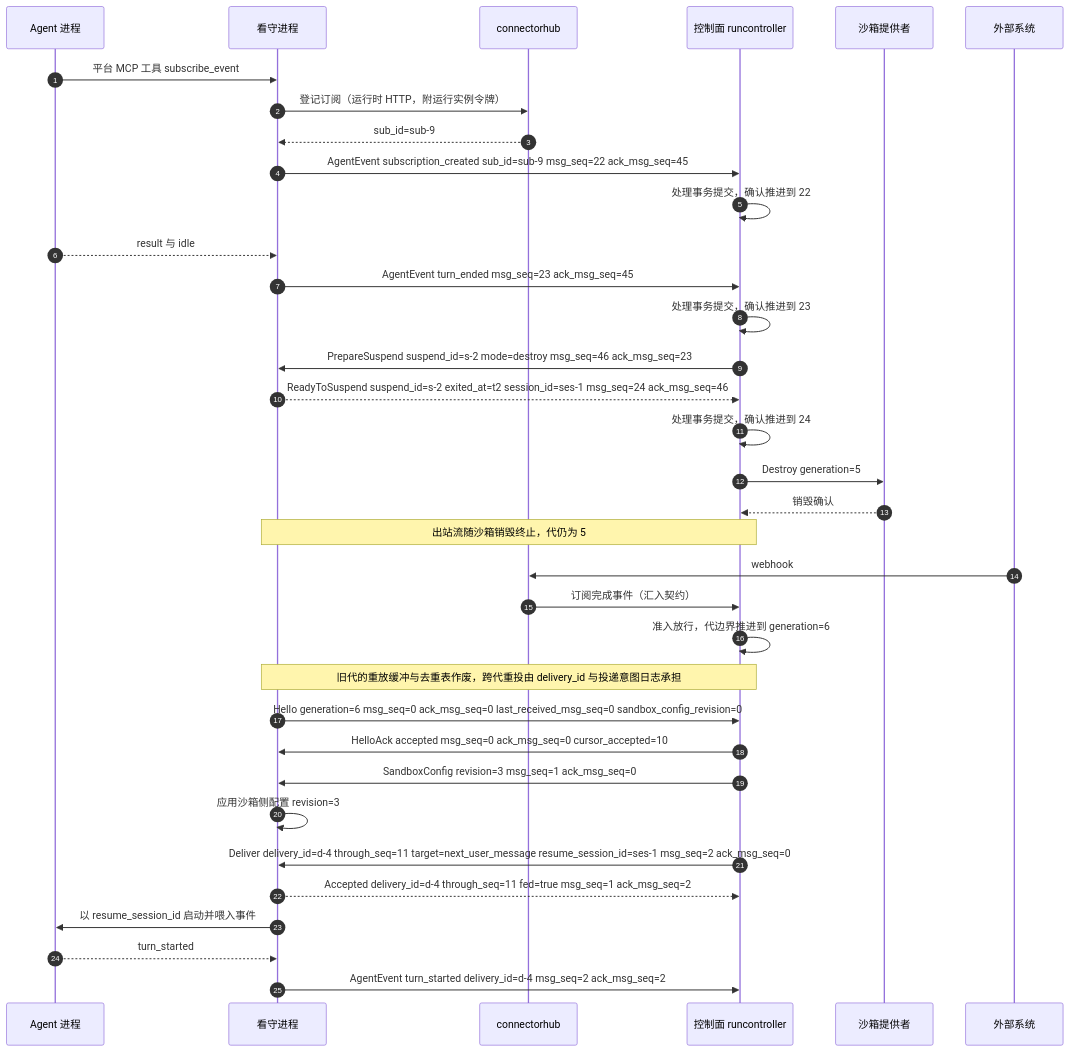
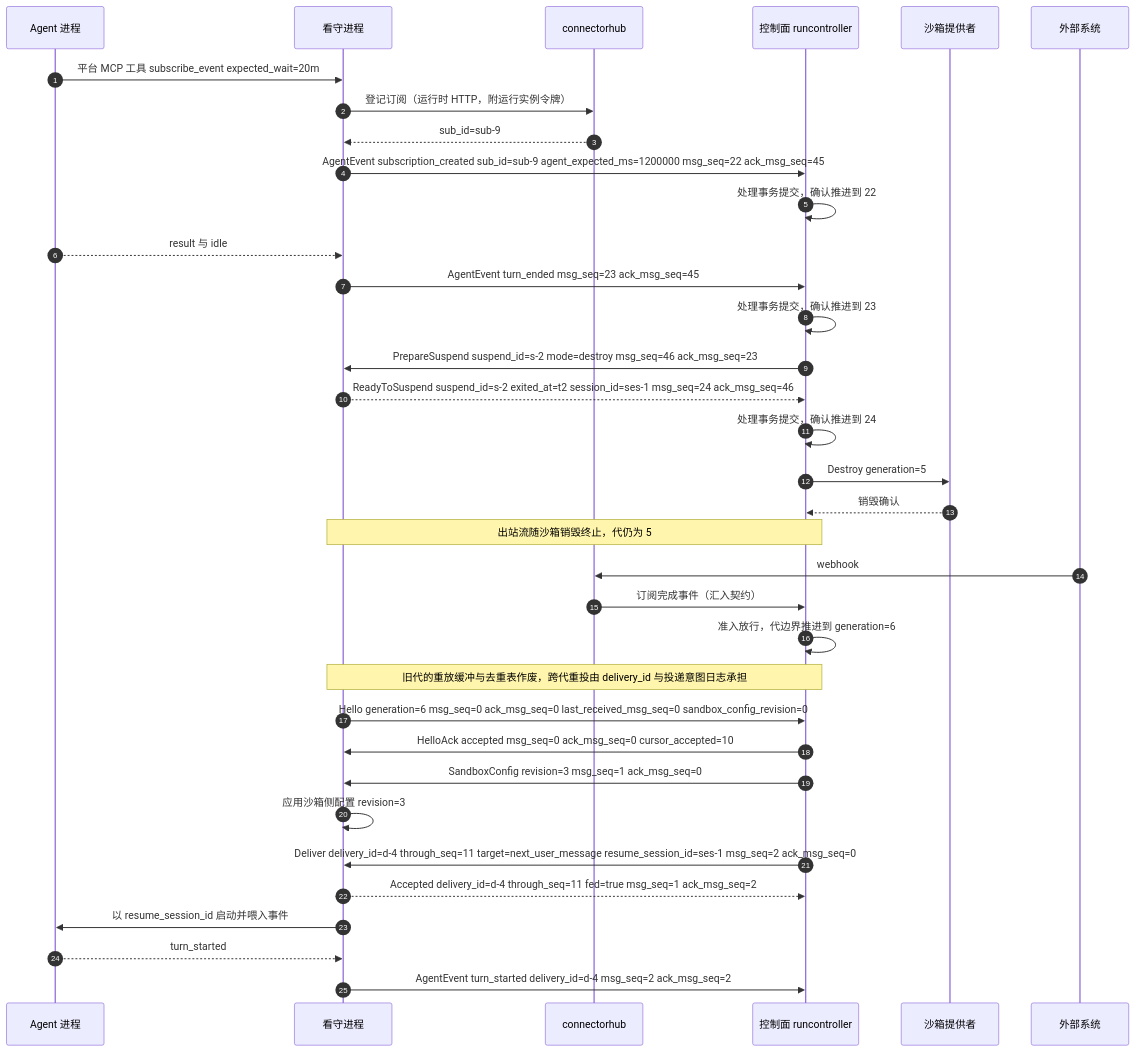
Before and after one commit to wangzw/castworks: the fourth of 8 diagrams in docs/design/modules/design-agentprotocol.md, drawn with Mermaid. The commit also changed other lines of this file and 16 other files, not shown here.

````diff
--- a/docs/design/modules/design-agentprotocol.md
+++ b/docs/design/modules/design-agentprotocol.md
@@ -402,37 +406,37 @@
 ```mermaid
 sequenceDiagram
     autonumber
     participant A as Agent 进程
     participant W as 看守进程
     participant C as connectorhub
     participant R as 控制面 runcontroller
     participant P as 沙箱提供者
     participant X as 外部系统
-    A->>W: 平台 MCP 工具 subscribe_event
+    A->>W: 平台 MCP 工具 subscribe_event expected_wait=20m
     W->>C: 登记订阅（运行时 HTTP，附运行实例令牌）
     C-->>W: sub_id=sub-9
-    W->>R: AgentEvent subscription_created sub_id=sub-9 msg_seq=22 ack_msg_seq=45
+    W->>R: AgentEvent subscription_created sub_id=sub-9 agent_expected_ms=1200000 msg_seq=22 ack_msg_seq=45
     R->>R: 处理事务提交，确认推进到 22
     A-->>W: result 与 idle
     W->>R: AgentEvent turn_ended msg_seq=23 ack_msg_seq=45
     R->>R: 处理事务提交，确认推进到 23
     R->>W: PrepareSuspend suspend_id=s-2 mode=destroy msg_seq=46 ack_msg_seq=23
     W-->>R: ReadyToSuspend suspend_id=s-2 exited_at=t2 session_id=ses-1 msg_seq=24 ack_msg_seq=46
     R->>R: 处理事务提交，确认推进到 24
     R->>P: Destroy generation=5
     P-->>R: 销毁确认
     Note over W,R: 出站流随沙箱销毁终止，代仍为 5
     X->>C: webhook
     C->>R: 订阅完成事件（汇入契约）
     R->>R: 准入放行，代边界推进到 generation=6
     Note over W,R: 旧代的重放缓冲与去重表作废，跨代重投由 delivery_id 与投递意图日志承担
     W->>R: Hello generation=6 msg_seq=0 ack_msg_seq=0 last_received_msg_seq=0 sandbox_config_revision=0
     R->>W: HelloAck accepted msg_seq=0 ack_msg_seq=0 cursor_accepted=10
     R->>W: SandboxConfig revision=3 msg_seq=1 ack_msg_seq=0
     W->>W: 应用沙箱侧配置 revision=3
     R->>W: Deliver delivery_id=d-4 through_seq=11 target=next_user_message resume_session_id=ses-1 msg_seq=2 ack_msg_seq=0
     W-->>R: Accepted delivery_id=d-4 through_seq=11 fed=true msg_seq=1 ack_msg_seq=2
     W->>A: 以 resume_session_id 启动并喂入事件
     A-->>W: turn_started
     W->>R: AgentEvent turn_started delivery_id=d-4 msg_seq=2 ack_msg_seq=2
 ```
````
